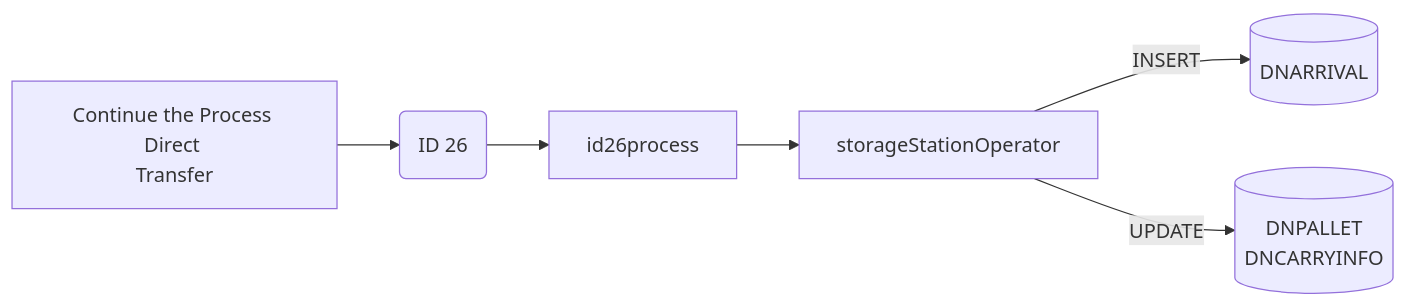
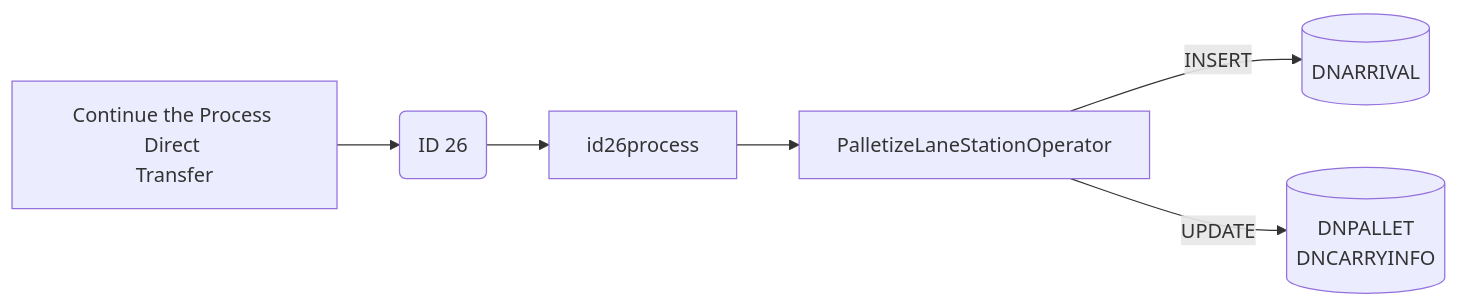
One commit to luthfiadityaa/SimeDarby-Wiki changed the eighth of 26 diagrams in Basic-Design/DFD-WMS/Storage/Palletizing-Settting/Palletize-Start.md. Above: the diagram before and after it, drawn with Mermaid. The commit also changed other lines of this file, not shown here.

Commit message:
Updated Palletize Start

```diff
--- a/Basic-Design/DFD-WMS/Storage/Palletizing-Settting/Palletize-Start.md
+++ b/Basic-Design/DFD-WMS/Storage/Palletizing-Settting/Palletize-Start.md
@@ -388,27 +387,27 @@
 ::: mermaid
 flowchart LR
 
 releaseCommand["
 Continue the Process Direct 
 Transfer
 "]
 
 id26msg("
 ID 26
 ")
 
 id26-insert[("
 DNARRIVAL
 ")]
 
 id26-update[("
 DNPALLET
 DNCARRYINFO
 ")];
 
-storageStationOperator[storageStationOperator]
+palletizeLaneStationOperator[PalletizeLaneStationOperator]
 
-releaseCommand-->id26msg-->id26process-->storageStationOperator
-storageStationOperator--> |INSERT| id26-insert
-storageStationOperator--> |UPDATE| id26-update
+releaseCommand-->id26msg-->id26process-->palletizeLaneStationOperator
+palletizeLaneStationOperator--> |INSERT| id26-insert
+palletizeLaneStationOperator--> |UPDATE| id26-update
 :::
```
